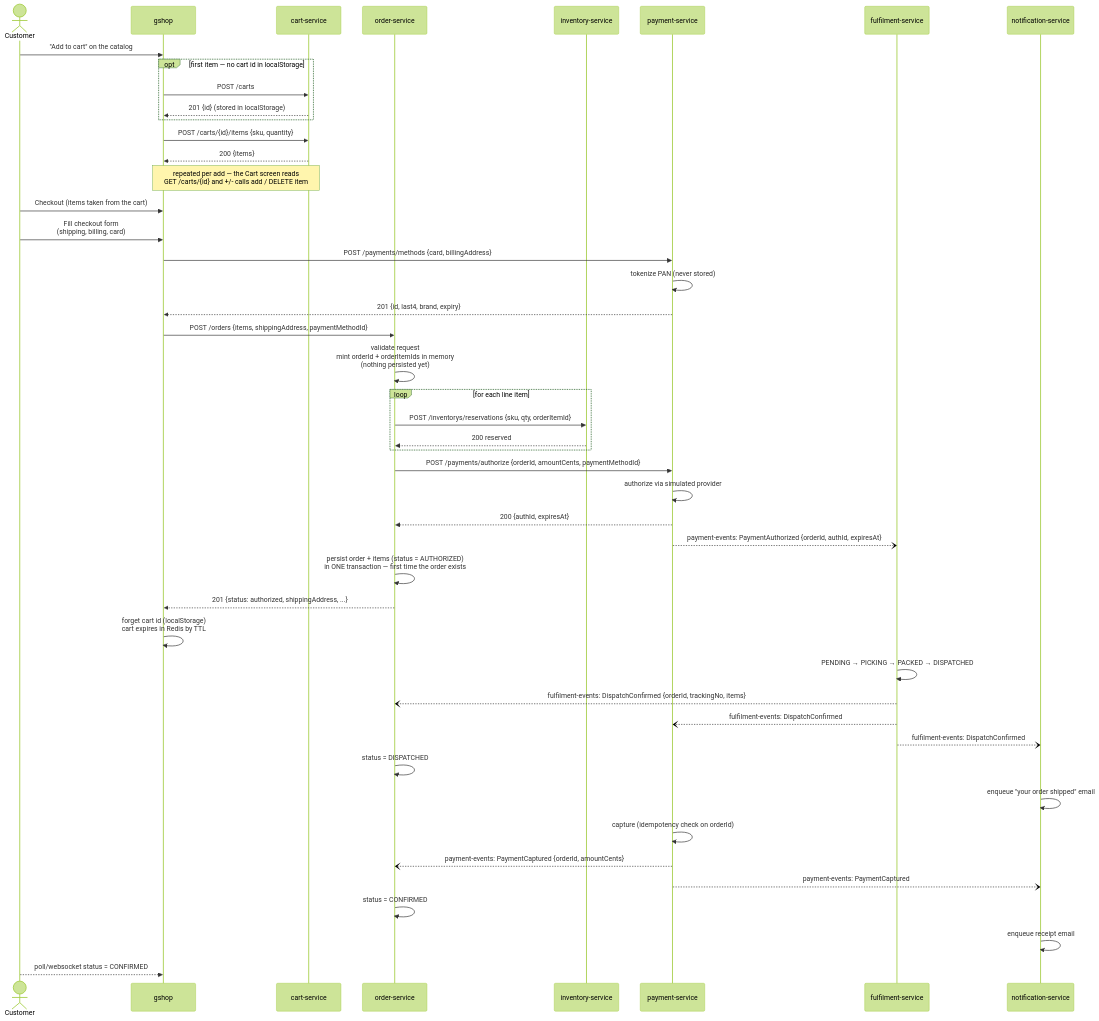
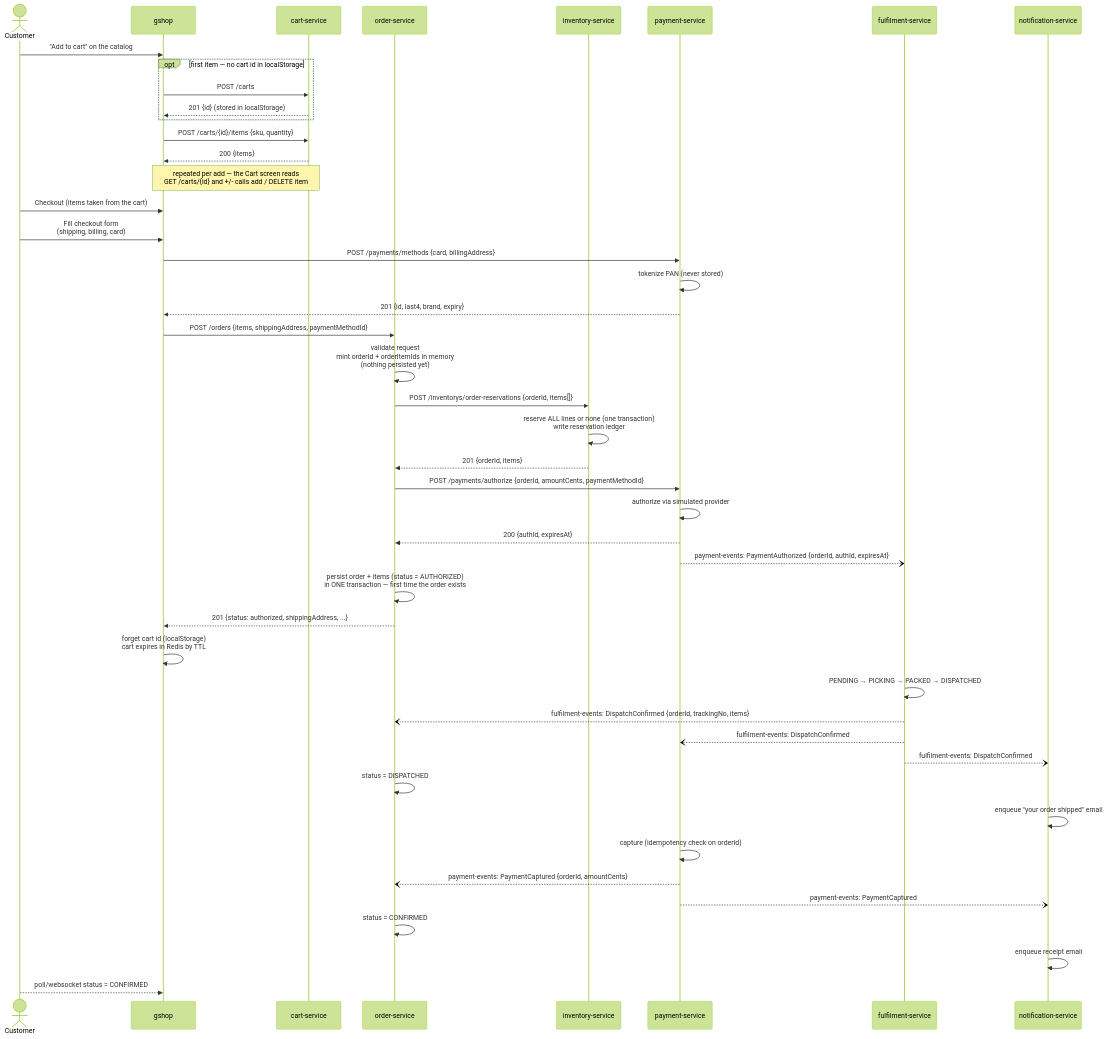
The diagram in docs/diagrams/checkout-happy-path.mmd (beckfordp/gluon), drawn with Mermaid (forest theme) before and after one commit. The commit also changed 9 other files, not shown here.

```diff
--- a/docs/diagrams/checkout-happy-path.mmd
+++ b/docs/diagrams/checkout-happy-path.mmd
@@ -1,48 +1,47 @@
 sequenceDiagram
     actor C as Customer
     participant G as gshop
     participant K as cart-service
     participant O as order-service
     participant I as inventory-service
     participant P as payment-service
     participant F as fulfilment-service
     participant N as notification-service
 
     C->>G: "Add to cart" on the catalog
     opt first item — no cart id in localStorage
         G->>K: POST /carts
         K-->>G: 201 {id} (stored in localStorage)
     end
     G->>K: POST /carts/{id}/items {sku, quantity}
     K-->>G: 200 {items}
     Note over G,K: repeated per add — the Cart screen reads<br/>GET /carts/{id} and +/- calls add / DELETE item
     C->>G: Checkout (items taken from the cart)
     C->>G: Fill checkout form<br/>(shipping, billing, card)
     G->>P: POST /payments/methods {card, billingAddress}
     P->>P: tokenize PAN (never stored)
     P-->>G: 201 {id, last4, brand, expiry}
     G->>O: POST /orders {items, shippingAddress, paymentMethodId}
     O->>O: validate request<br/>mint orderId + orderItemIds in memory<br/>(nothing persisted yet)
-    loop for each line item
-        O->>I: POST /inventorys/reservations {sku, qty, orderItemId}
-        I-->>O: 200 reserved
-    end
+    O->>I: POST /inventorys/order-reservations {orderId, items[]}
+    I->>I: reserve ALL lines or none (one transaction)<br/>write reservation ledger
+    I-->>O: 201 {orderId, items}
     O->>P: POST /payments/authorize {orderId, amountCents, paymentMethodId}
     P->>P: authorize via simulated provider
     P-->>O: 200 {authId, expiresAt}
     P--)F: payment-events: PaymentAuthorized {orderId, authId, expiresAt}
     O->>O: persist order + items (status = AUTHORIZED)<br/>in ONE transaction — first time the order exists
     O-->>G: 201 {status: authorized, shippingAddress, ...}
     G->>G: forget cart id (localStorage)<br/>cart expires in Redis by TTL
     F->>F: PENDING → PICKING → PACKED → DISPATCHED
     F--)O: fulfilment-events: DispatchConfirmed {orderId, trackingNo, items}
     F--)P: fulfilment-events: DispatchConfirmed
     F--)N: fulfilment-events: DispatchConfirmed
     O->>O: status = DISPATCHED
     N->>N: enqueue "your order shipped" email
     P->>P: capture (idempotency check on orderId)
     P--)O: payment-events: PaymentCaptured {orderId, amountCents}
     P--)N: payment-events: PaymentCaptured
     O->>O: status = CONFIRMED
     N->>N: enqueue receipt email
     C-->>G: poll/websocket status = CONFIRMED
```
